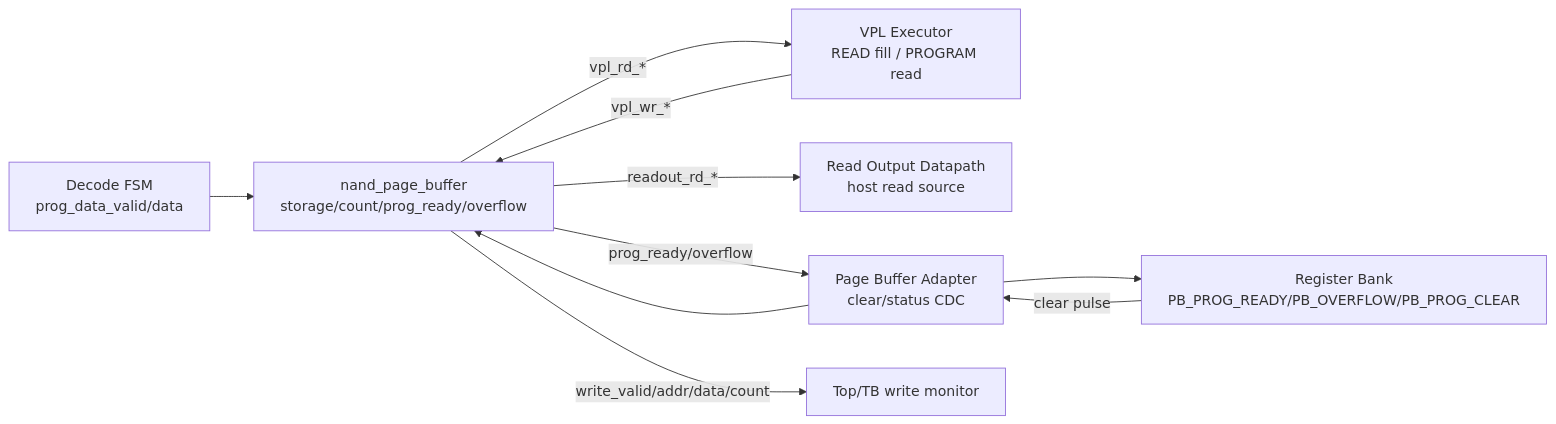
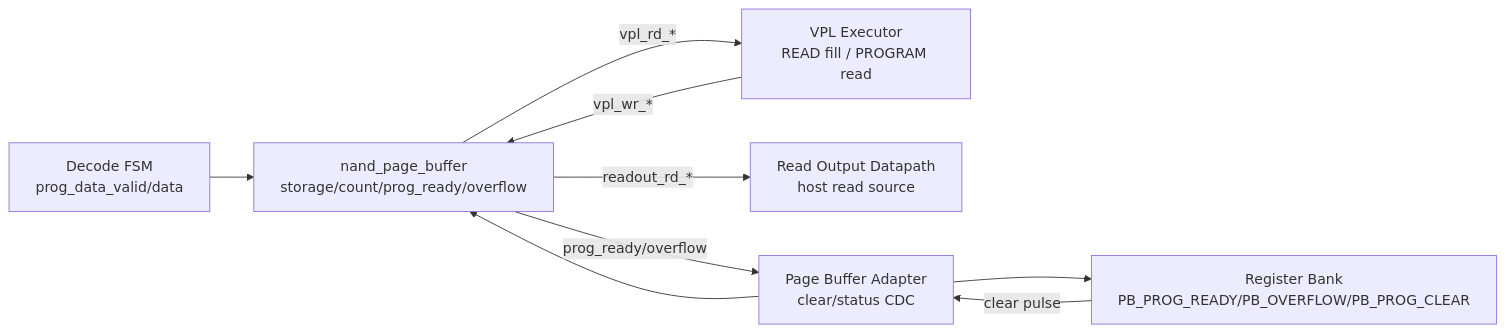
The diagram in design_spec/nand_page_buffer.md (seungin-lee/RV32-Assisted-NAND-Logic-PoC), drawn with Mermaid before and after one commit. The commit also changed other lines of this file and 10 other files, not shown here.

````diff
--- a/design_spec/nand_page_buffer.md
+++ b/design_spec/nand_page_buffer.md
@@ -21,18 +21,16 @@
 ```mermaid
 flowchart LR
     DECODE["Decode FSM<br/>prog_data_valid/data"]
     PB["nand_page_buffer<br/>storage/count/prog_ready/overflow"]
     VPL["VPL Executor<br/>READ fill / PROGRAM read"]
     OUT["Read Output Datapath<br/>host read source"]
     PBADAPT["Page Buffer Adapter<br/>clear/status CDC"]
     REG["Register Bank<br/>PB_PROG_READY/PB_OVERFLOW/PB_PROG_CLEAR"]
-    TB["Top/TB write monitor"]
 
     DECODE --> PB
     VPL -- "vpl_wr_*" --> PB
     PB -- "vpl_rd_*" --> VPL
     PB -- "readout_rd_*" --> OUT
     REG -- "clear pulse" --> PBADAPT --> PB
     PB -- "prog_ready/overflow" --> PBADAPT --> REG
-    PB -- "write_valid/addr/data/count" --> TB
 ```
````
